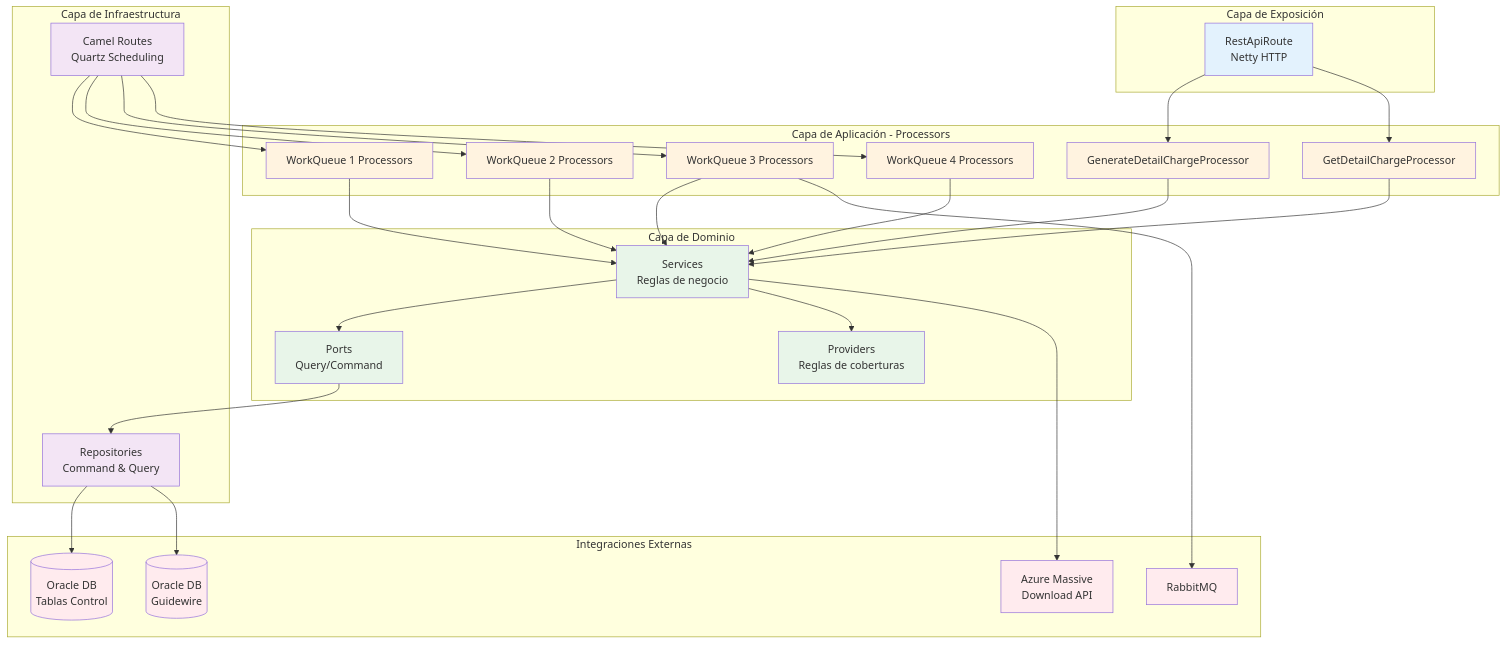
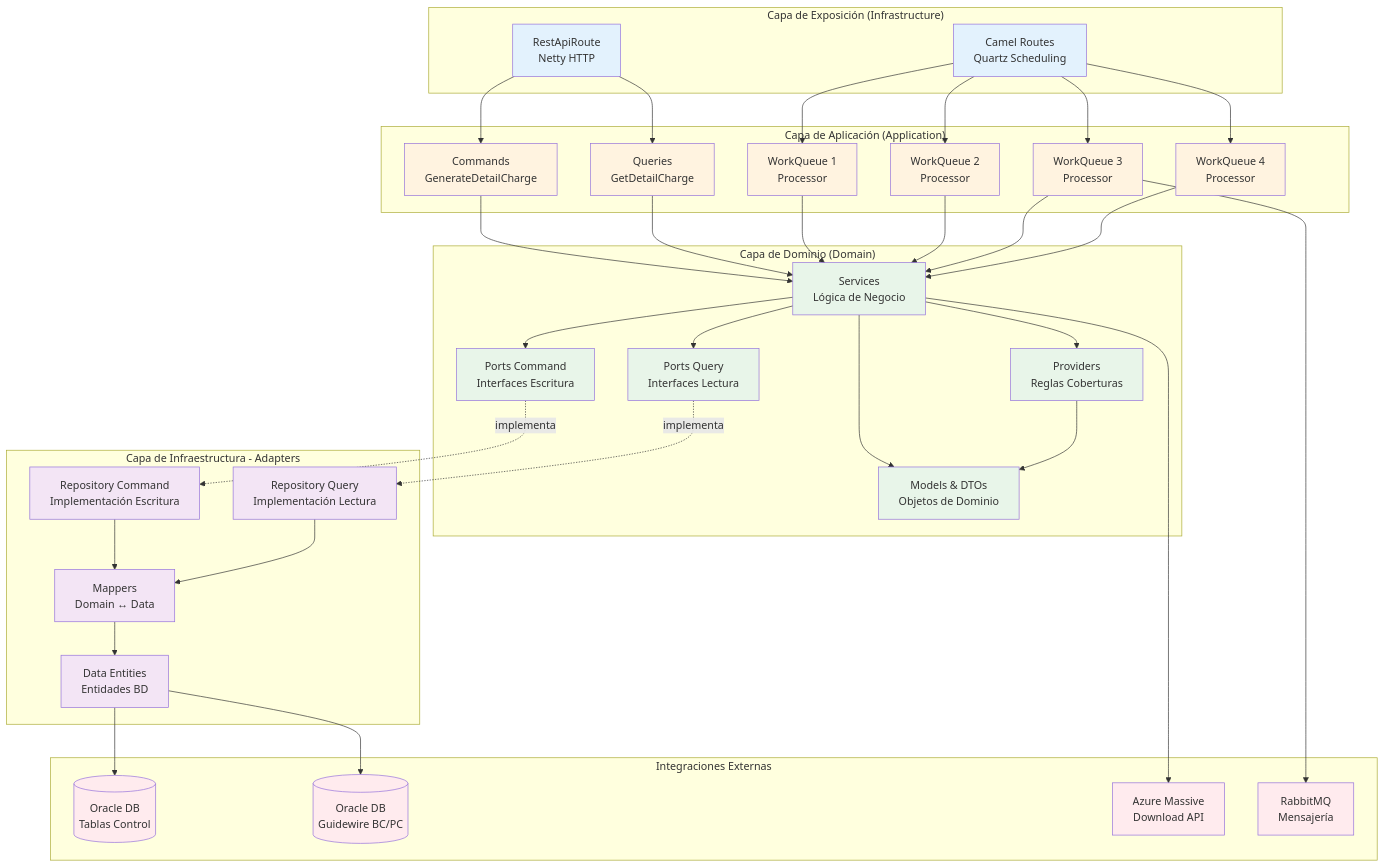
Before and after one commit to estebancolorado/MetodoCeibaSura: the first of 2 diagrams in docs/architecture/architecture-microintegrador-reportes-vidagrupo.md, drawn with Mermaid. The commit also changed other lines of this file and 16 other files, not shown here.

````diff
--- a/docs/architecture/architecture-microintegrador-reportes-vidagrupo.md
+++ b/docs/architecture/architecture-microintegrador-reportes-vidagrupo.md
@@ -124,68 +269,90 @@
 ```mermaid
 graph TB
-    subgraph "Capa de Exposición"
+    subgraph "Capa de Exposición (Infrastructure)"
         API[RestApiRoute<br/>Netty HTTP]
+        ROUTES[Camel Routes<br/>Quartz Scheduling]
     end
 
-    subgraph "Capa de Aplicación - Processors"
-        GEN[GenerateDetailChargeProcessor]
-        GET[GetDetailChargeProcessor]
-        WQ1[WorkQueue 1 Processors]
-        WQ2[WorkQueue 2 Processors]
-        WQ3[WorkQueue 3 Processors]
-        WQ4[WorkQueue 4 Processors]
+    subgraph "Capa de Aplicación (Application)"
+        CMD[Commands<br/>GenerateDetailCharge]
+        QRY[Queries<br/>GetDetailCharge]
+        WQ1[WorkQueue 1<br/>Processor]
+        WQ2[WorkQueue 2<br/>Processor]
+        WQ3[WorkQueue 3<br/>Processor]
+        WQ4[WorkQueue 4<br/>Processor]
     end
 
-    subgraph "Capa de Dominio"
-        SVC[Services<br/>Reglas de negocio]
-        PORTS[Ports<br/>Query/Command]
-        PROV[Providers<br/>Reglas de coberturas]
+    subgraph "Capa de Dominio (Domain)"
+        SVC[Services<br/>Lógica de Negocio]
+        PORTS_CMD[Ports Command<br/>Interfaces Escritura]
+        PORTS_QRY[Ports Query<br/>Interfaces Lectura]
+        PROV[Providers<br/>Reglas Coberturas]
+        MODEL[Models & DTOs<br/>Objetos de Dominio]
     end
 
-    subgraph "Capa de Infraestructura"
-        REPO[Repositories<br/>Command & Query]
-        ROUTE[Camel Routes<br/>Quartz Scheduling]
+    subgraph "Capa de Infraestructura - Adapters"
+        REPO_CMD[Repository Command<br/>Implementación Escritura]
+        REPO_QRY[Repository Query<br/>Implementación Lectura]
+        MAPPER[Mappers<br/>Domain ↔ Data]
+        DATA[Data Entities<br/>Entidades BD]
     end
 
     subgraph "Integraciones Externas"
         DB[(Oracle DB<br/>Tablas Control)]
-        DB_GW[(Oracle DB<br/>Guidewire)]
+        DB_GW[(Oracle DB<br/>Guidewire BC/PC)]
         AZURE[Azure Massive<br/>Download API]
-        RABBIT[RabbitMQ]
+        RABBIT[RabbitMQ<br/>Mensajería]
     end
 
-    API --> GEN
-    API --> GET
-    ROUTE --> WQ1
-    ROUTE --> WQ2
-    ROUTE --> WQ3
-    ROUTE --> WQ4
+    %% Flujo de entrada
+    API --> CMD
+    API --> QRY
+    ROUTES --> WQ1
+    ROUTES --> WQ2
+    ROUTES --> WQ3
+    ROUTES --> WQ4
 
-    GEN --> SVC
-    GET --> SVC
+    %% Aplicación → Dominio
+    CMD --> SVC
+    QRY --> SVC
     WQ1 --> SVC
     WQ2 --> SVC
     WQ3 --> SVC
     WQ4 --> SVC
 
-    SVC --> PORTS
+    %% Dominio (Services usan Ports y Providers)
+    SVC --> PORTS_CMD
+    SVC --> PORTS_QRY
     SVC --> PROV
-    PORTS --> REPO
+    SVC --> MODEL
+    PROV --> MODEL
 
-    REPO --> DB
-    REPO --> DB_GW
+    %% Infraestructura implementa Ports
+    PORTS_CMD -.implementa.-> REPO_CMD
+    PORTS_QRY -.implementa.-> REPO_QRY
+
+    %% Adapters → Data
+    REPO_CMD --> MAPPER
+    REPO_QRY --> MAPPER
+    MAPPER --> DATA
+
+    %% Data → External Systems
+    DATA --> DB
+    DATA --> DB_GW
+    
+    %% Integraciones directas desde Services
     SVC --> AZURE
     WQ3 --> RABBIT
 
-    classDef api fill:#e3f2fd
-    classDef processor fill:#fff3e0
+    classDef exposure fill:#e3f2fd
+    classDef application fill:#fff3e0
     classDef domain fill:#e8f5e9
-    classDef infra fill:#f3e5f5
+    classDef infrastructure fill:#f3e5f5
     classDef external fill:#ffebee
 
-    class API api
-    class GEN,GET,WQ1,WQ2,WQ3,WQ4 processor
-    class SVC,PORTS,PROV domain
-    class REPO,ROUTE infra
+    class API,ROUTES exposure
+    class CMD,QRY,WQ1,WQ2,WQ3,WQ4 application
+    class SVC,PORTS_CMD,PORTS_QRY,PROV,MODEL domain
+    class REPO_CMD,REPO_QRY,MAPPER,DATA infrastructure
     class DB,DB_GW,AZURE,RABBIT external
 ```
````
